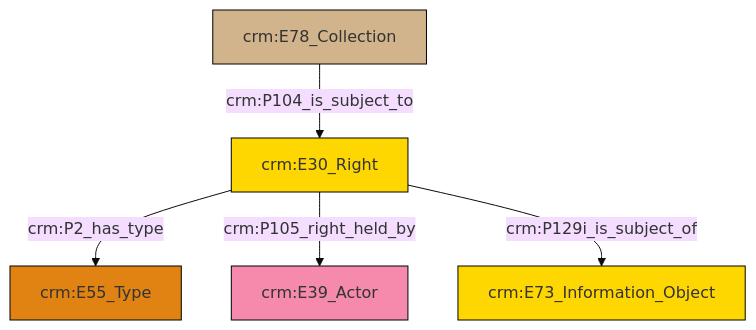
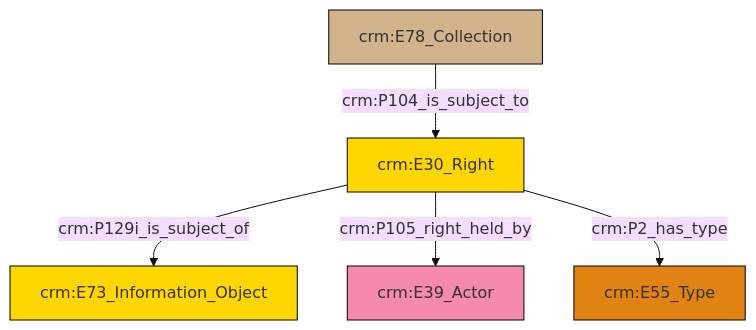
Before and after one commit to swiss-art-research-net/docs.swissartresearch: the diagram in et/archivalCSV/ttl/mmd/archival_rights.ttl.mmd, drawn with Mermaid (base theme). The commit also changed 181 other files, not shown here.

```diff
--- a/et/archivalCSV/ttl/mmd/archival_rights.ttl.mmd
+++ b/et/archivalCSV/ttl/mmd/archival_rights.ttl.mmd
@@ -1,19 +1,19 @@
 graph TD
 classDef Literal fill:#f2f2f2,stroke:#000000;
 classDef CRM_Entity fill:#FFFFFF,stroke:#000000;
 classDef Temporal_Entity fill:#00C9E6, stroke:#000000;
 classDef Type fill:#E18312, stroke:#000000;
 classDef Time-Span fill:#2C9C91, stroke:#000000;
 classDef Appellation fill:#FFEB7F, stroke:#000000;
 classDef Place fill:#008836, stroke:#000000;
 classDef Persistent_Item fill:#B266B2, stroke:#000000;
 classDef Conceptual_Object fill:#FFD700, stroke:#000000;
 classDef Physical_Thing fill:#D2B48C, stroke:#000000;
 classDef Actor fill:#f58aad, stroke:#000000;
 classDef PC_Classes fill:#4ce600, stroke:#000000;
 classDef Multi fill:#cccccc,stroke:#000000;
 
-0["crm:E78_Collection"]:::Physical_Thing -->|crm:P104_is_subject_to| 2["crm:E30_Right"]:::Conceptual_Object
-2["crm:E30_Right"]:::Conceptual_Object -->|crm:P2_has_type| 3["crm:E55_Type"]:::Type
-2["crm:E30_Right"]:::Conceptual_Object -->|crm:P105_right_held_by| 6["crm:E39_Actor"]:::Actor
-2["crm:E30_Right"]:::Conceptual_Object -->|crm:P129i_is_subject_of| 4["crm:E73_Information_Object"]:::Conceptual_Object
+0["crm:E30_Right"]:::Conceptual_Object -->|crm:P129i_is_subject_of| 4["crm:E73_Information_Object"]:::Conceptual_Object
+0["crm:E30_Right"]:::Conceptual_Object -->|crm:P105_right_held_by| 2["crm:E39_Actor"]:::Actor
+0["crm:E30_Right"]:::Conceptual_Object -->|crm:P2_has_type| 8["crm:E55_Type"]:::Type
+5["crm:E78_Collection"]:::Physical_Thing -->|crm:P104_is_subject_to| 0["crm:E30_Right"]:::Conceptual_Object
```
